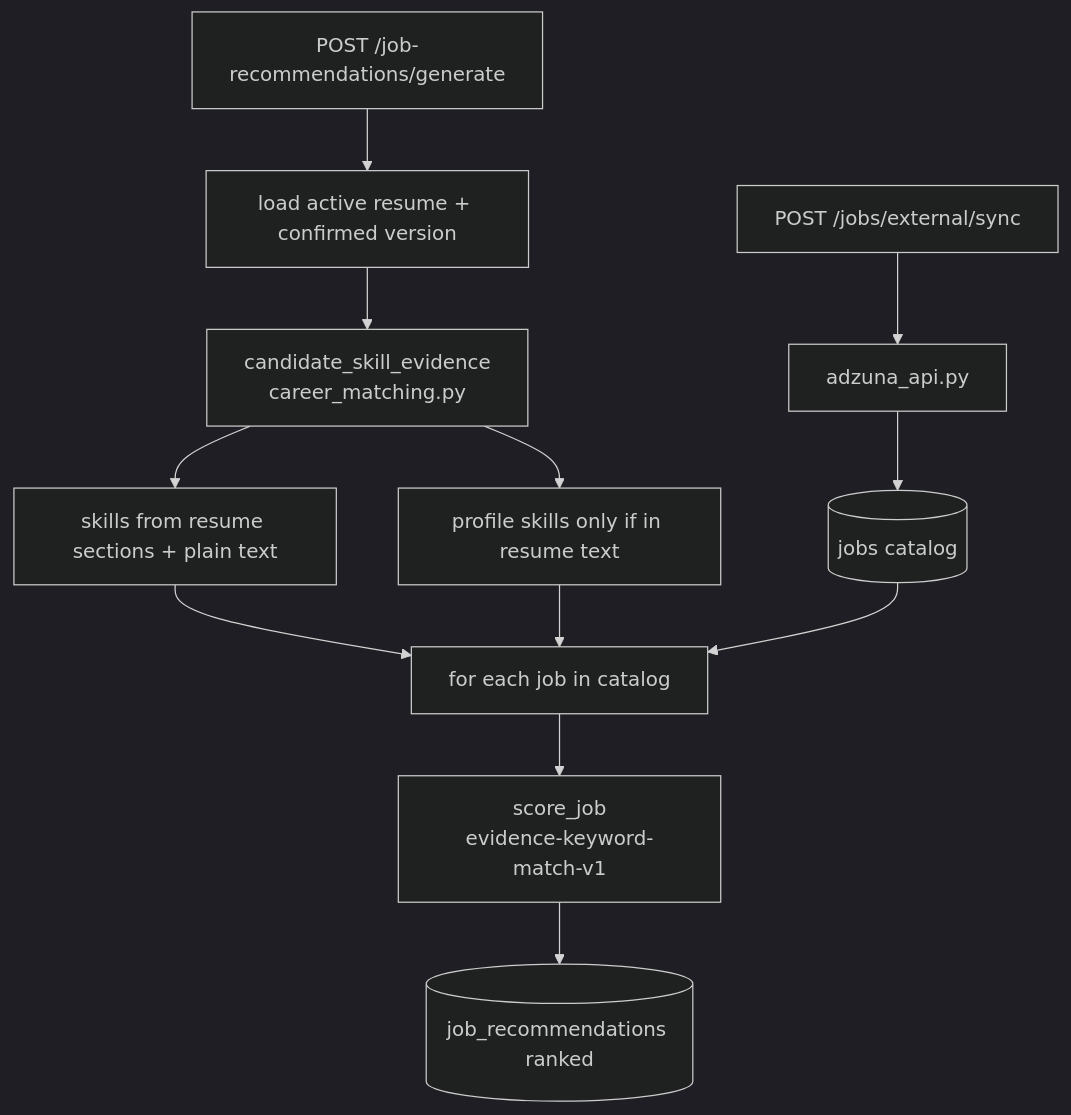
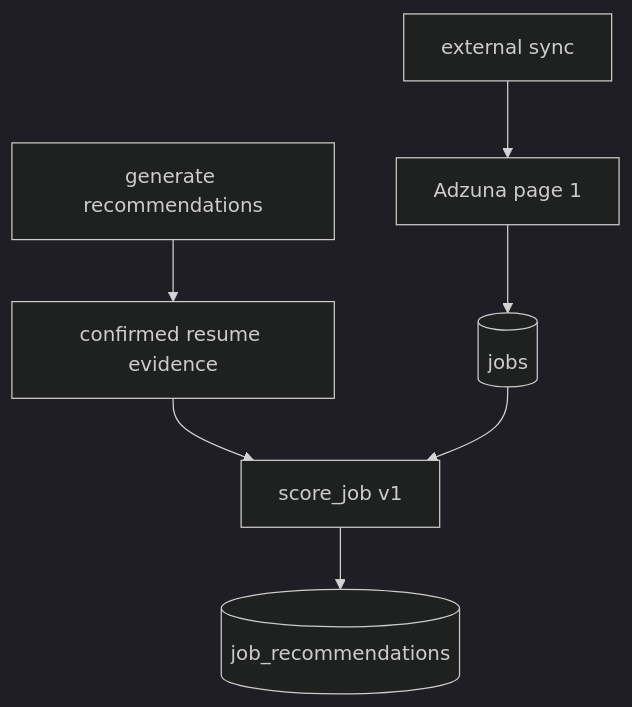
Before and after one commit to RonakkudalAI/AI-Career-Copilot: the sixth of 8 diagrams in docs/DOCUMENTATION.md, drawn with Mermaid (dark theme). The commit also changed other lines of this file and 28 other files, not shown here.

````diff
--- a/docs/DOCUMENTATION.md
+++ b/docs/DOCUMENTATION.md
@@ -1194,14 +930,9 @@
 ```mermaid
 flowchart TB
-  GEN["POST /job-recommendations/generate"] --> RES[load active resume + confirmed version]
-  RES --> EV["candidate_skill_evidence<br/>career_matching.py"]
-  EV --> SK[skills from resume sections + plain text]
-  EV --> PR[profile skills only if in resume text]
-  SK --> LOOP[for each job in catalog]
-  PR --> LOOP
-  LOOP --> SC["score_job<br/>evidence-keyword-match-v1"]
-  SC --> STORE[("job_recommendations ranked")]
-  SYNC["POST /jobs/external/sync"] --> ADZ["adzuna_api.py"]
-  ADZ --> JOBS[("jobs catalog")]
-  JOBS --> LOOP
+  GEN[generate recommendations] --> RES[confirmed resume evidence]
+  RES --> SC[score_job v1]
+  SC --> STORE[(job_recommendations)]
+  SYNC[external sync] --> ADZ[Adzuna page 1]
+  ADZ --> JOBS[(jobs)]
+  JOBS --> SC
 ```
````
